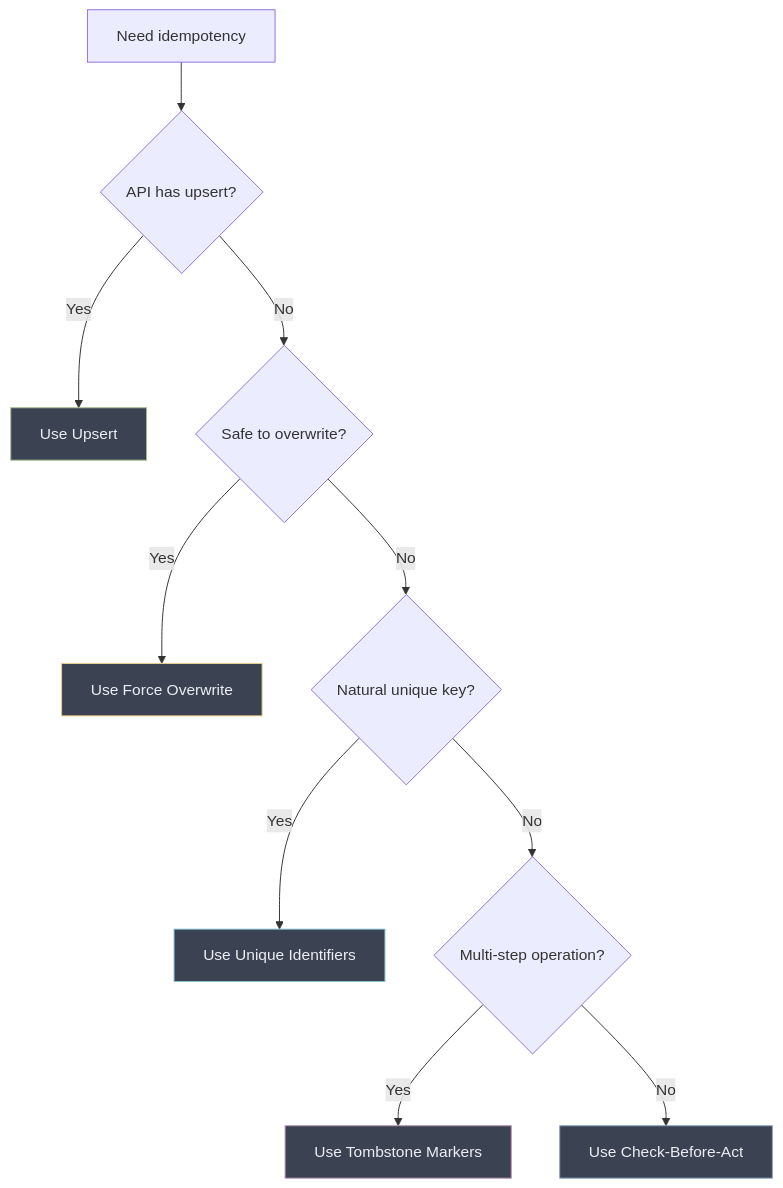
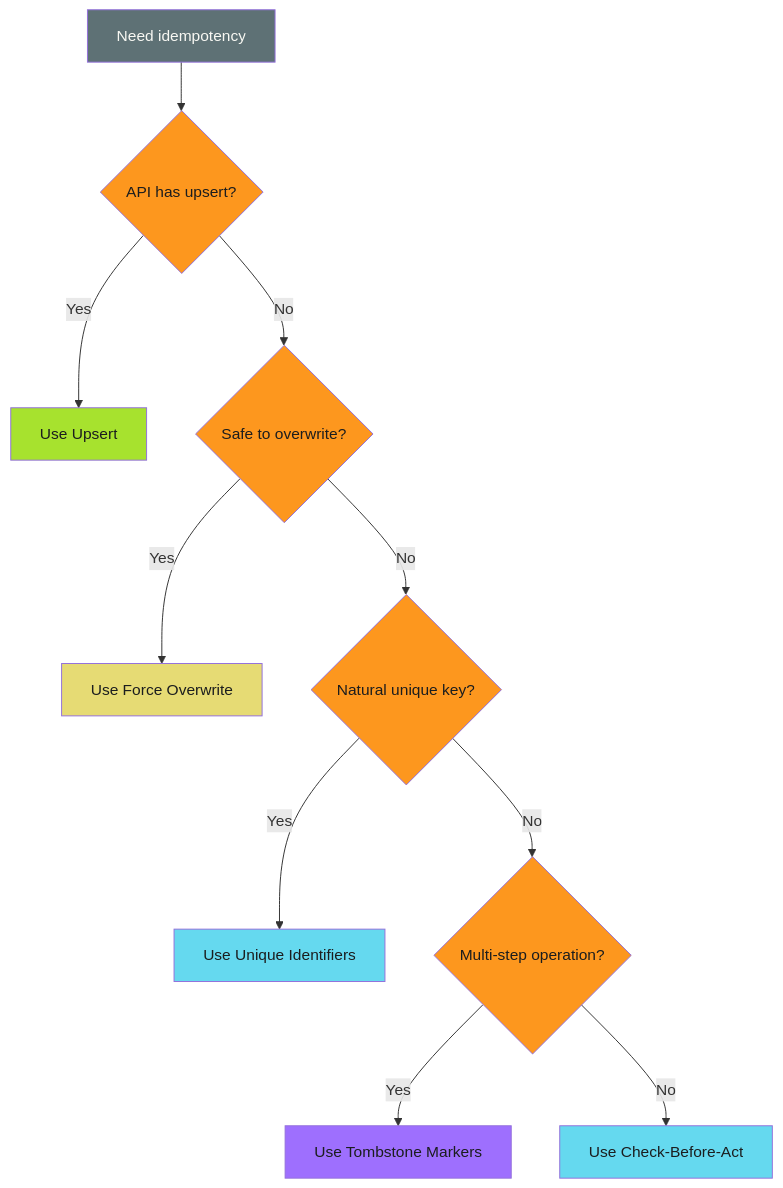
The diagram in docs/operator-manual/engineering-patterns/idempotency/patterns/index.md (adaptive-enforcement-lab/adaptive-enforcement-lab-com), drawn with Mermaid before and after one commit. The commit also changed 5 other files, not shown here.

First line of the commit message:
Apply Ghostty Hardcore theme to all mermaid charts

````diff
--- a/docs/operator-manual/engineering-patterns/idempotency/patterns/index.md
+++ b/docs/operator-manual/engineering-patterns/idempotency/patterns/index.md
@@ -79,18 +79,23 @@
 ```mermaid
 flowchart TD
     A[Need idempotency] --> B{API has upsert?}
     B -->|Yes| C[Use Upsert]
     B -->|No| D{Safe to overwrite?}
     D -->|Yes| E[Use Force Overwrite]
     D -->|No| F{Natural unique key?}
     F -->|Yes| G[Use Unique Identifiers]
     F -->|No| H{Multi-step operation?}
     H -->|Yes| I[Use Tombstone Markers]
     H -->|No| J[Use Check-Before-Act]
 
-    style C fill:#3b4252,stroke:#a3be8c,color:#eceff4
-    style E fill:#3b4252,stroke:#ebcb8b,color:#eceff4
-    style G fill:#3b4252,stroke:#88c0d0,color:#eceff4
-    style I fill:#3b4252,stroke:#b48ead,color:#eceff4
-    style J fill:#3b4252,stroke:#81a1c1,color:#eceff4
+    style A fill:#5e7175,color:#f8f8f3
+    style B fill:#fd971e,color:#1b1d1e
+    style C fill:#a7e22e,color:#1b1d1e
+    style D fill:#fd971e,color:#1b1d1e
+    style E fill:#e6db74,color:#1b1d1e
+    style F fill:#fd971e,color:#1b1d1e
+    style G fill:#65d9ef,color:#1b1d1e
+    style H fill:#fd971e,color:#1b1d1e
+    style I fill:#9e6ffe,color:#1b1d1e
+    style J fill:#65d9ef,color:#1b1d1e
 ```
````
